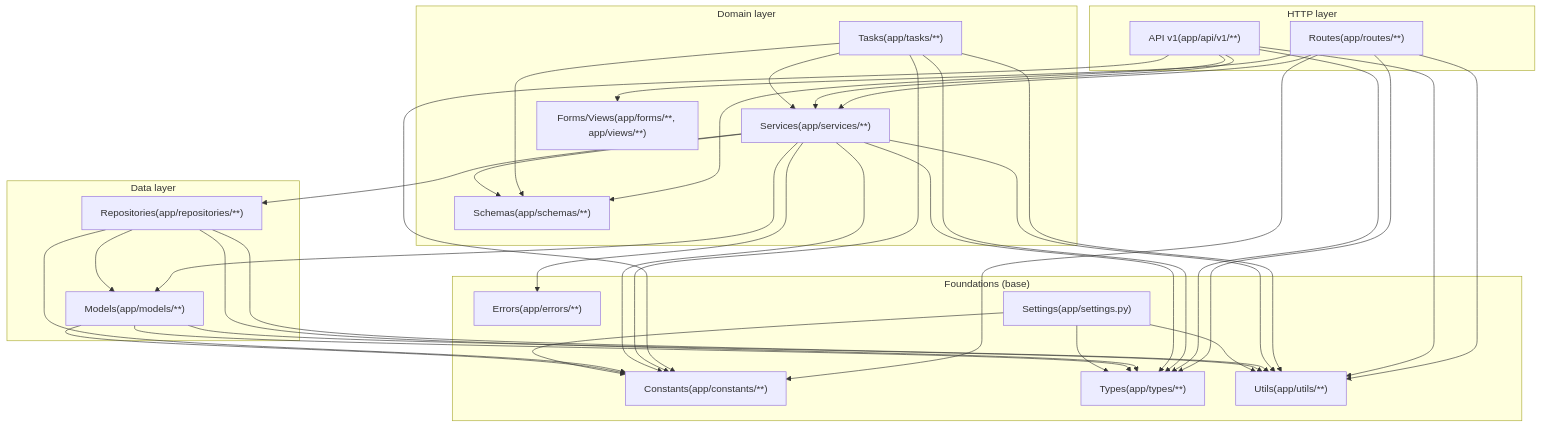
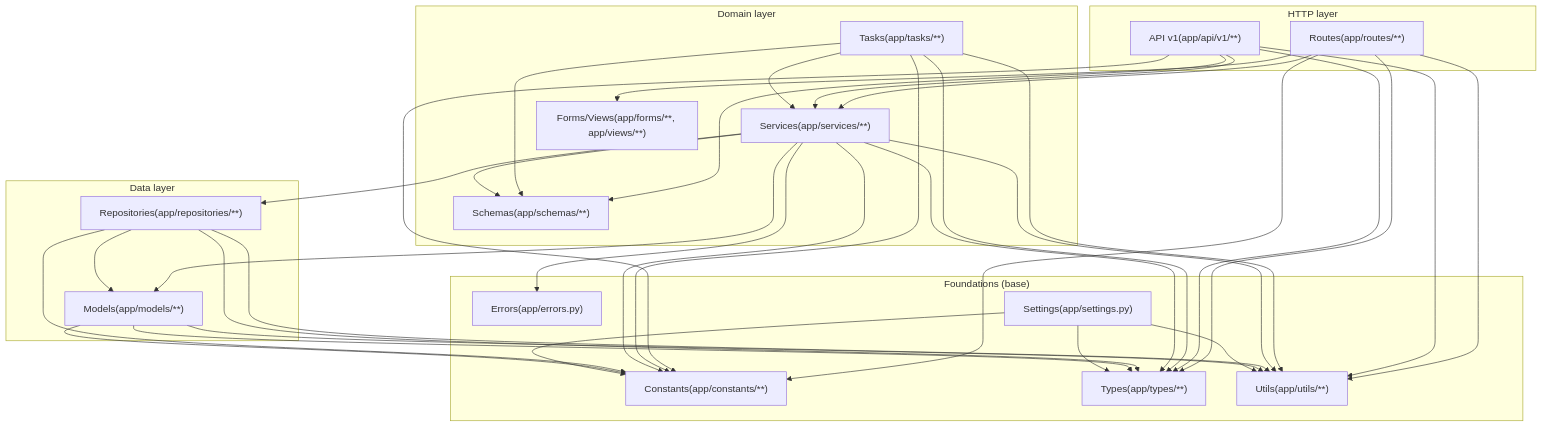
Before and after one commit to nyealovey/WhaleFall: the diagram in docs/Obsidian/architecture/module-dependency-graph.md, drawn with Mermaid. The commit also changed 8 other files, not shown here.

````diff
--- a/docs/Obsidian/architecture/module-dependency-graph.md
+++ b/docs/Obsidian/architecture/module-dependency-graph.md
@@ -28,66 +28,66 @@
 ```mermaid
 graph TD
   subgraph HTTP["HTTP layer"]
     Routes["Routes(app/routes/**)"]
     ApiV1["API v1(app/api/v1/**)"]
   end
 
   subgraph Domain["Domain layer"]
     Tasks["Tasks(app/tasks/**)"]
     Services["Services(app/services/**)"]
     Schemas["Schemas(app/schemas/**)"]
     FormsViews["Forms/Views(app/forms/**, app/views/**)"]
   end
 
   subgraph Data["Data layer"]
     Repos["Repositories(app/repositories/**)"]
     Models["Models(app/models/**)"]
   end
 
   subgraph Foundations["Foundations (base)"]
     Constants["Constants(app/constants/**)"]
     Types["Types(app/types/**)"]
-    Errors["Errors(app/errors/**)"]
+    Errors["Errors(app/errors.py)"]
     Utils["Utils(app/utils/**)"]
     Settings["Settings(app/settings.py)"]
   end
 
   Routes --> Services
   Routes --> FormsViews
   Routes --> Utils
   Routes --> Constants
   Routes --> Types
 
   ApiV1 --> Services
   ApiV1 --> Schemas
   ApiV1 --> Utils
   ApiV1 --> Constants
   ApiV1 --> Types
 
   Tasks --> Services
   Tasks --> Schemas
   Tasks --> Utils
   Tasks --> Constants
   Tasks --> Types
 
   Services --> Repos
   Services --> Models
   Services --> Schemas
   Services --> Utils
   Services --> Errors
   Services --> Constants
   Services --> Types
 
   Repos --> Models
   Repos --> Utils
   Repos --> Constants
   Repos --> Types
 
   Models --> Utils
   Models --> Constants
   Models --> Types
 
   Settings --> Constants
   Settings --> Types
   Settings --> Utils
 ```
````
